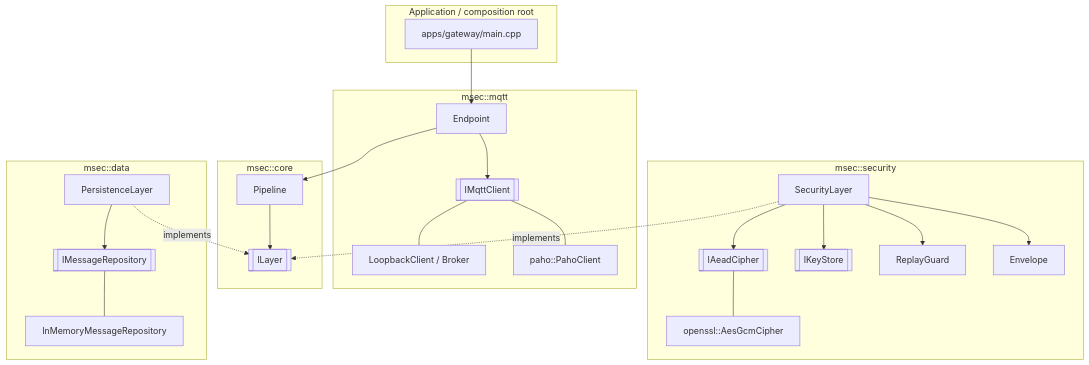
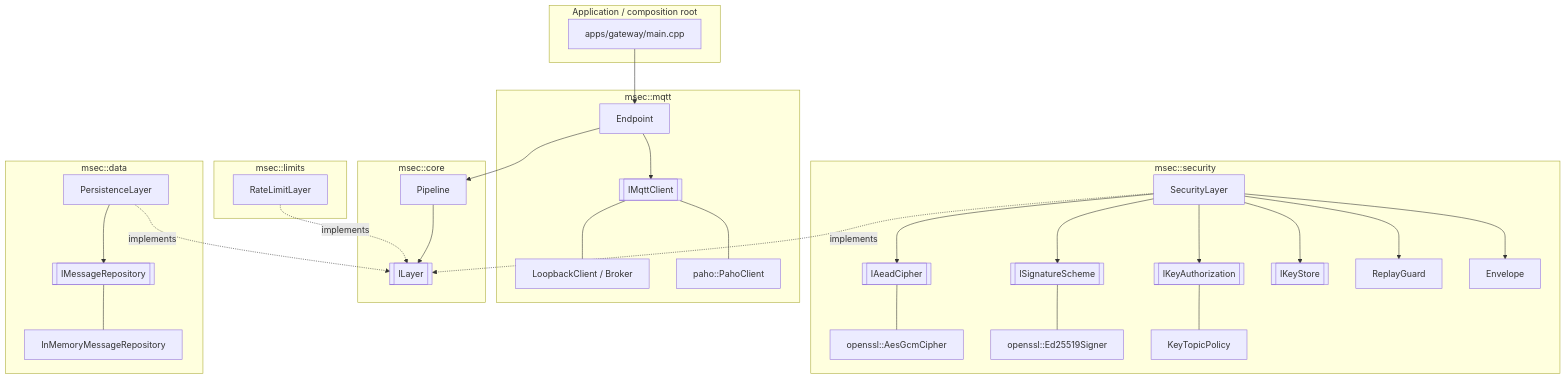
The diagram in README.md (joaoaeafonso/mqtt_secure), drawn with Mermaid before and after one commit. The commit also changed other lines of this file and 78 other files, not shown here.

````diff
--- a/README.md
+++ b/README.md
@@ -202,35 +279,41 @@
 ```mermaid
 flowchart TB
     subgraph app[Application / composition root]
         main[apps/gateway/main.cpp]
     end
     subgraph mqtt[msec::mqtt]
         EP[Endpoint]
         IC[[IMqttClient]]
         LB[LoopbackClient / Broker]
         PC[paho::PahoClient]
     end
     subgraph core[msec::core]
         PL[Pipeline]
         IL[[ILayer]]
     end
     subgraph sec[msec::security]
         SL[SecurityLayer]
         AE[[IAeadCipher]] --- GCM[openssl::AesGcmCipher]
+        SG[[ISignatureScheme]] --- ED[openssl::Ed25519Signer]
+        KP[[IKeyAuthorization]] --- KTP[KeyTopicPolicy]
         KS[[IKeyStore]]
         RG[ReplayGuard]
         EN[Envelope]
     end
     subgraph data[msec::data]
         PEL[PersistenceLayer]
         RP[[IMessageRepository]] --- IMR[InMemoryMessageRepository]
     end
+    subgraph limits[msec::limits]
+        RL[RateLimitLayer]
+    end
     main --> EP
     EP --> PL --> IL
     EP --> IC --- LB
     IC --- PC
     SL -. implements .-> IL
     PEL -. implements .-> IL
-    SL --> AE & KS & RG & EN
+    RL -. implements .-> IL
+    SL --> AE & SG & KP & KS & RG & EN
     PEL --> RP
 ```
````
